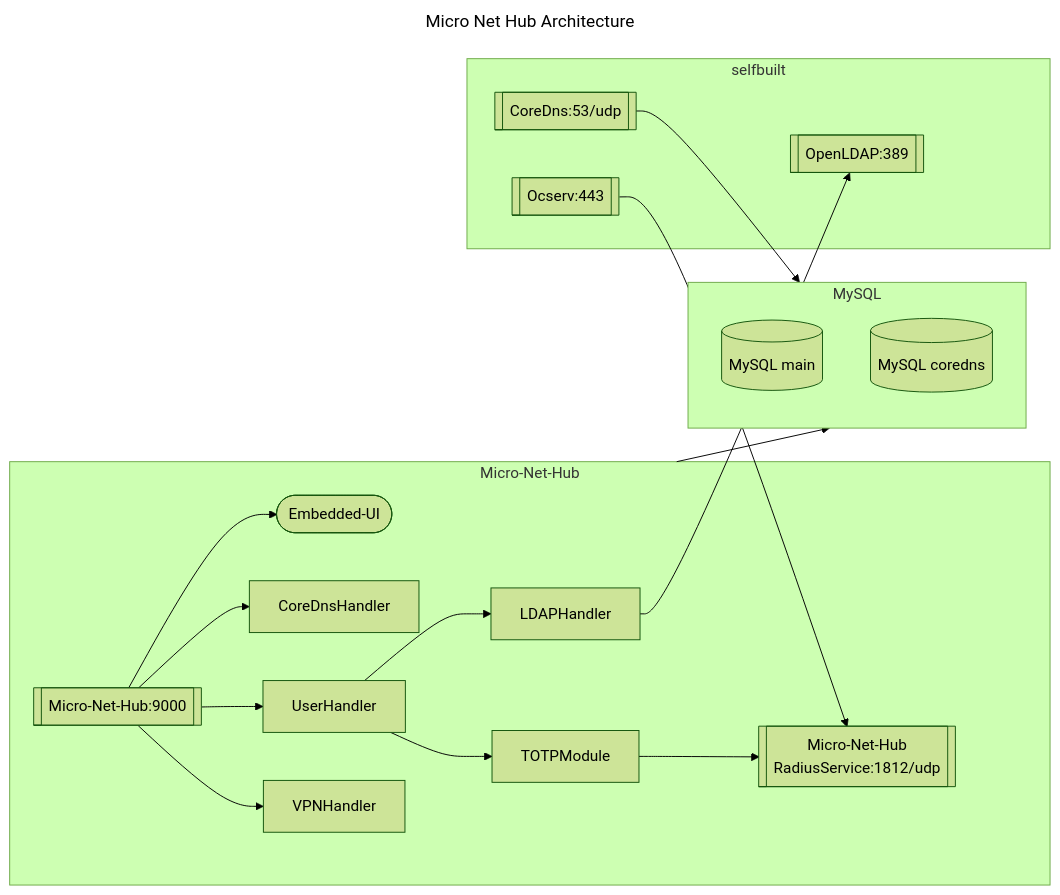
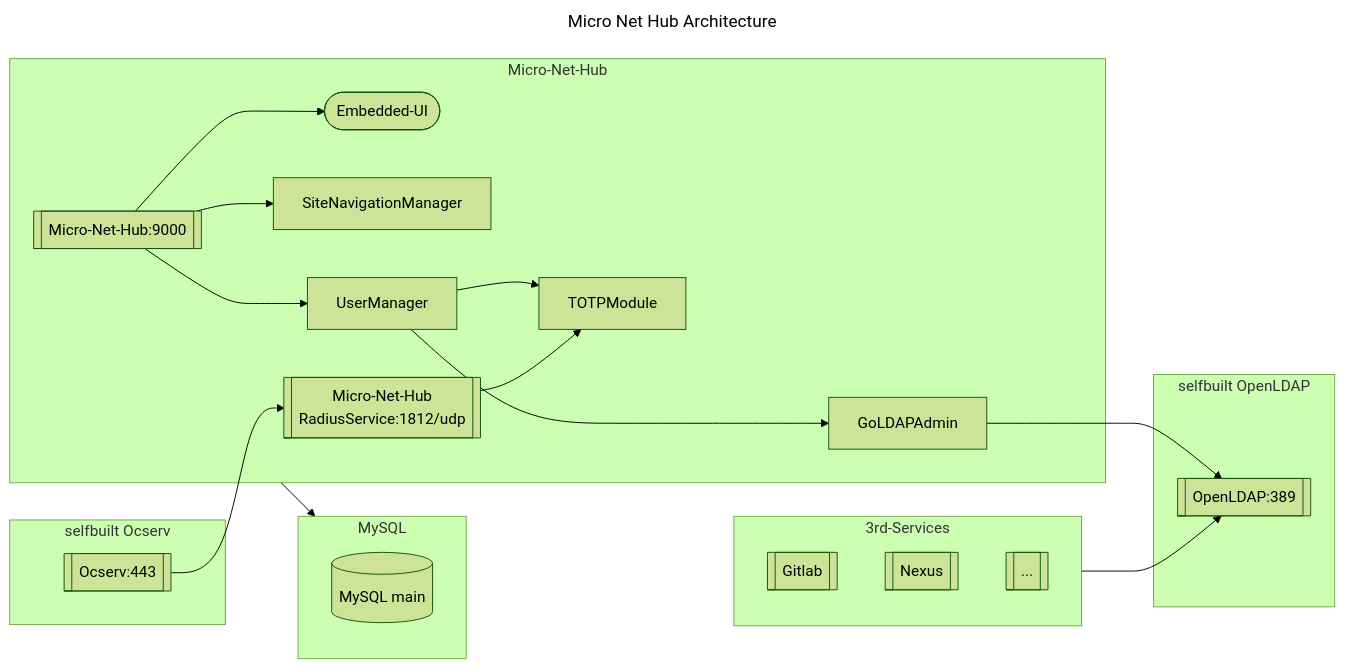
Before and after one commit to bagechashu/micro-net-hub: the diagram in README.md, drawn with Mermaid (forest theme). The commit also changed other lines of this file, not shown here.

Commit message:
Update: Readme

````diff
--- a/README.md
+++ b/README.md
@@ -29,38 +29,45 @@
 ```mermaid
 ---
 title: Micro Net Hub Architecture
 ---
 flowchart LR
-  %% Service provide by Micro-Net-Hub
-  subgraph Micro-Net-Hub
-    main[[Micro-Net-Hub:9000]]
-    radius[[Micro-Net-Hub<br>RadiusService:1812/udp]]
-    ui([Embedded-UI])
-
-    %% Architecture
-    main --> ui
-    main --> CoreDnsHandler & UserHandler & VPNHandler
-    UserHandler --> LDAPHandler
-    UserHandler --> TOTPModule
-    TOTPModule --> radius
-  end
-  Micro-Net-Hub --> MySQL
-  coredns --> MySQL
-  LDAPHandler --> openldap
-  ocserv --> radius
-
   %% Service provide by third-party, need deployed by yourself.
-  subgraph selfbuilt
+  subgraph selfbuilt OpenLDAP
    openldap[[OpenLDAP:389]]
-   ocserv[[Ocserv:443]]
-   coredns[[CoreDns:53/udp]]
   end
 
+  subgraph selfbuilt Ocserv
+   ocserv[[Ocserv:443]]
+  end
+
+  subgraph 3rd-Services
+   gitlab[[Gitlab]]
+   nexus[[Nexus]]
+   other[[...]]
+  end
   %% Database
   subgraph MySQL
     mysql-main[(MySQL main)]
-    mysql-coredns[(MySQL coredns)]
   end
 
+  subgraph Micro-Net-Hub
+    main --> ui
+    main --> SiteNavigationManager
+    main[[Micro-Net-Hub:9000]]
+    ui([Embedded-UI])
+
+    main --> UserManager
+    UserManager --> TOTPModule
+
+    radius[[Micro-Net-Hub<br>RadiusService:1812/udp]]
+    radius --> TOTPModule
+
+    UserManager ---> GoLDAPAdmin
+  end
+
+  Micro-Net-Hub --> MySQL
+  GoLDAPAdmin --> openldap
+  3rd-Services --> openldap
+  ocserv --> radius
 
 ```
````
